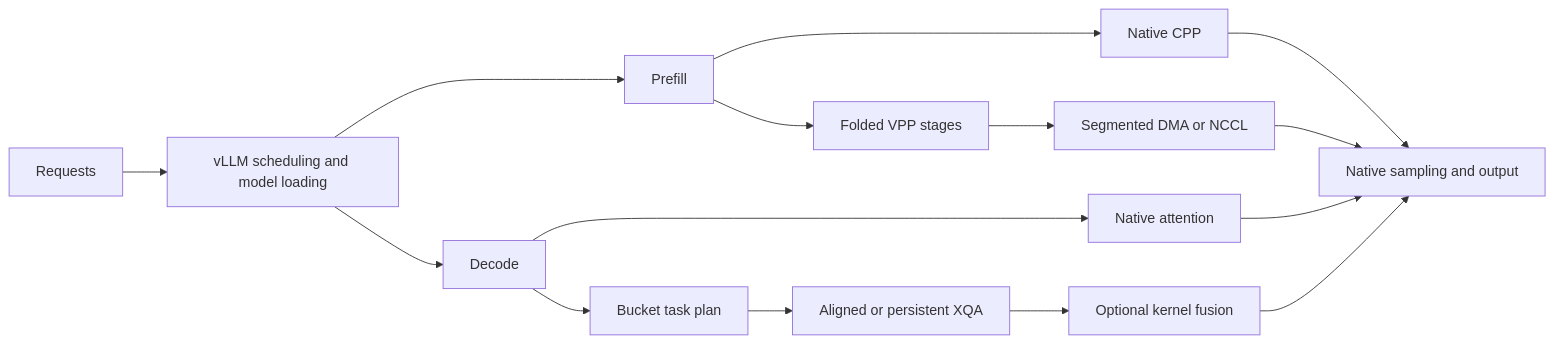
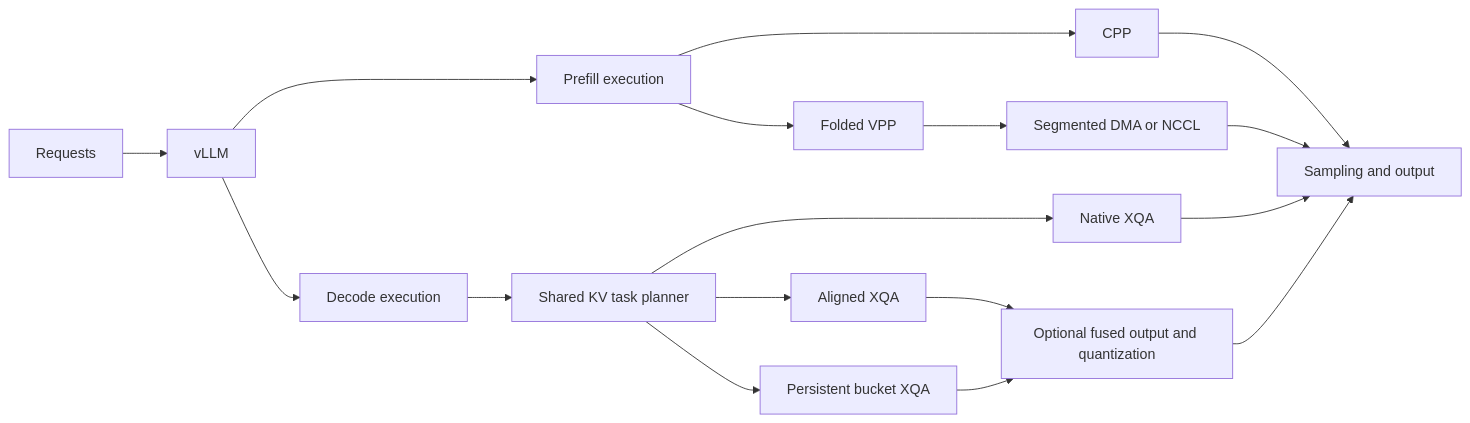
One commit to Nicko-F/qwen3.8-sm120-vpp-bucket-attention changed the diagram in docs/architecture.md. Above: the diagram before and after it, drawn with Mermaid. The commit also changed other lines of this file and 11 other files, not shown here.

````diff
--- a/docs/architecture.md
+++ b/docs/architecture.md
@@ -8,17 +8,19 @@
 ```mermaid
 flowchart LR
-    R[Requests] --> V[vLLM scheduling and model loading]
-    V --> P[Prefill]
-    V --> D[Decode]
-    P --> C[Native CPP]
-    P --> F[Folded VPP stages]
+    R[Requests] --> V[vLLM]
+    V --> P[Prefill execution]
+    V --> D[Decode execution]
+    P --> C[CPP]
+    P --> F[Folded VPP]
     F --> T[Segmented DMA or NCCL]
-    D --> N[Native attention]
-    D --> B[Bucket task plan]
-    B --> A[Aligned or persistent XQA]
-    A --> K[Optional kernel fusion]
-    C --> O[Native sampling and output]
-    T --> O
-    N --> O
+    D --> B[Shared KV task planner]
+    B --> N[Native XQA]
+    B --> A[Aligned XQA]
+    B --> K[Persistent bucket XQA]
+    A --> O[Optional fused output and quantization]
     K --> O
+    C --> S[Sampling and output]
+    T --> S
+    N --> S
+    O --> S
 ```
````
